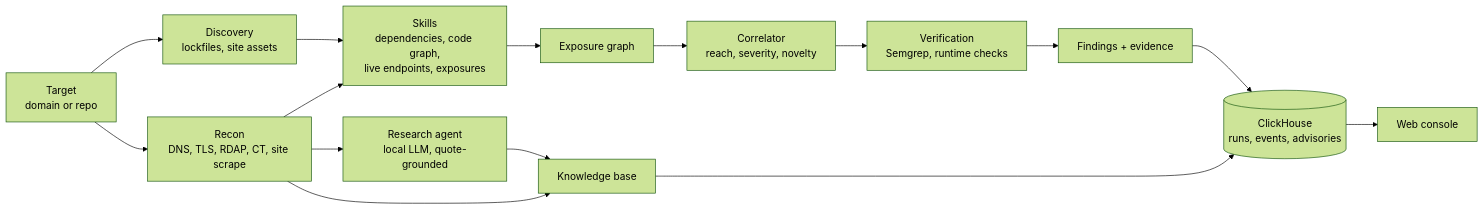
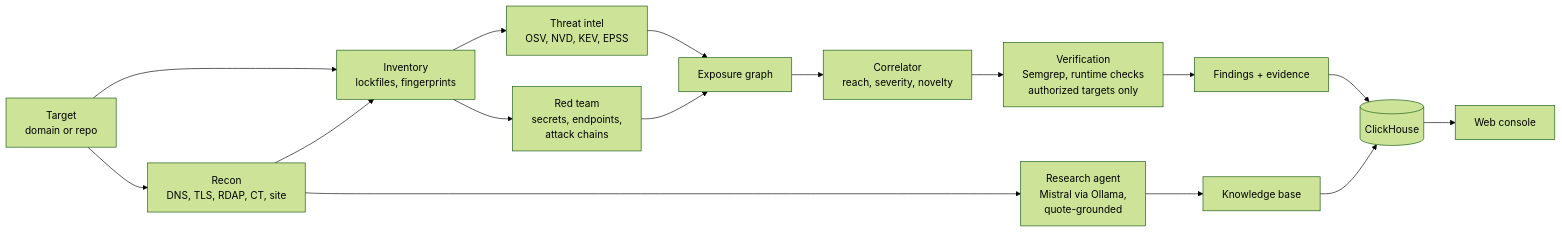
The diagram in README.md (LlamzonAmazon/StackWatch), drawn with Mermaid (forest theme) before and after one commit. The commit also changed other lines of this file, not shown here.

````diff
--- a/README.md
+++ b/README.md
@@ -11,17 +43,18 @@
 ```mermaid
 flowchart LR
-    T[Target<br/>domain or repo] --> D[Discovery<br/>lockfiles, site assets]
-    T --> R[Recon<br/>DNS, TLS, RDAP, CT, site scrape]
-    R --> A[Research agent<br/>local LLM, quote-grounded]
-    D --> S[Skills<br/>dependencies, code graph,<br/>live endpoints, exposures]
-    R --> S
-    S --> G[Exposure graph]
+    T[Target<br/>domain or repo] --> R[Recon<br/>DNS, TLS, RDAP, CT, site]
+    T --> I[Inventory<br/>lockfiles, fingerprints]
+    R --> A[Research agent<br/>Mistral via Ollama,<br/>quote-grounded]
+    R --> I
+    A --> KB[Knowledge base]
+    I --> TI[Threat intel<br/>OSV, NVD, KEV, EPSS]
+    I --> RT[Red team<br/>secrets, endpoints,<br/>attack chains]
+    TI --> G[Exposure graph]
+    RT --> G
     G --> C[Correlator<br/>reach, severity, novelty]
-    C --> V[Verification<br/>Semgrep, runtime checks]
+    C --> V[Verification<br/>Semgrep, runtime checks<br/>authorized targets only]
     V --> F[Findings + evidence]
-    A --> KB[Knowledge base]
-    R --> KB
-    F --> CH[(ClickHouse<br/>runs, events, advisories)]
+    F --> CH[(ClickHouse)]
     KB --> CH
     CH --> UI[Web console]
 ```
````
